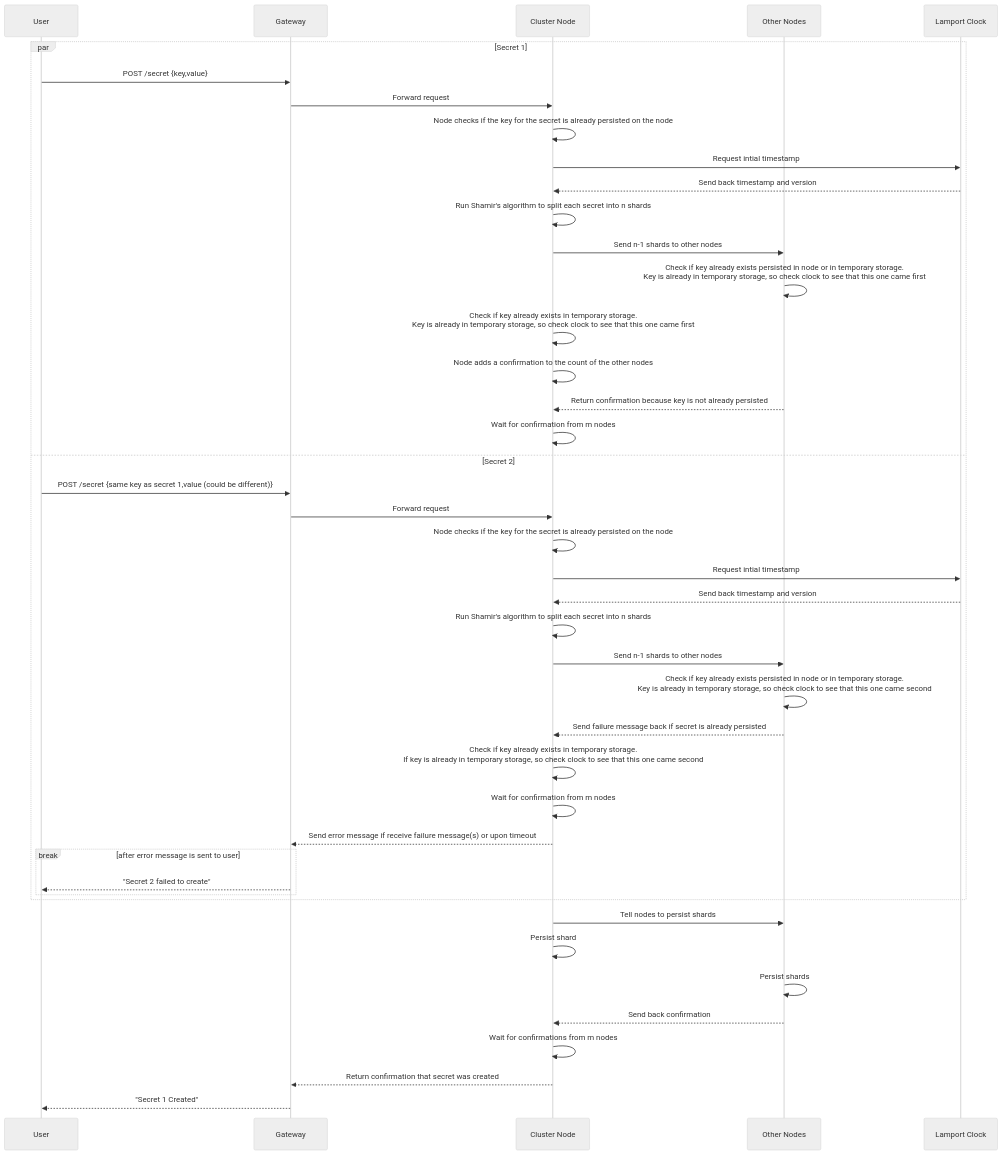
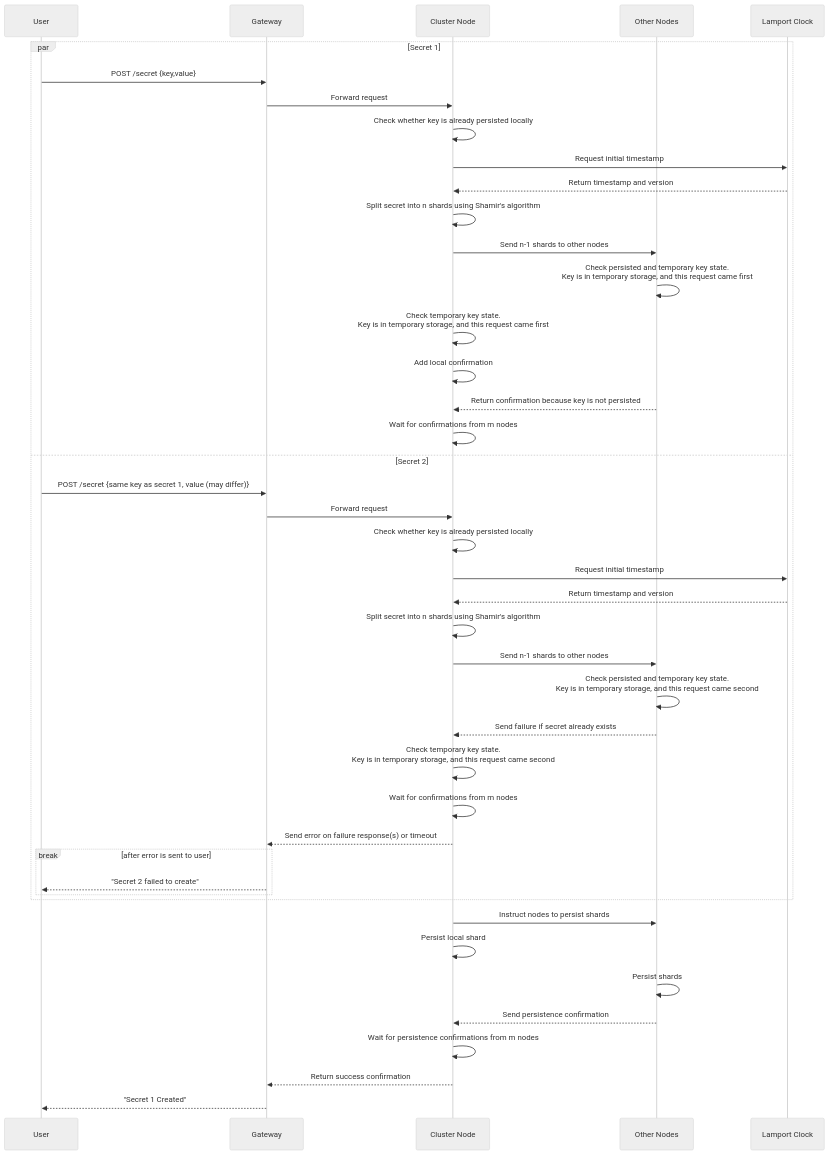
One commit to S26-Distributed-Capstone/DistributedSecretsVault changed the second of 2 diagrams in docs/crud/create.md. Above: the diagram before and after it, drawn with Mermaid (neutral theme). The commit also changed other lines of this file, not shown here.

````diff
--- a/docs/crud/create.md
+++ b/docs/crud/create.md
@@ -93,46 +68,46 @@
 ```mermaid
 sequenceDiagram
     participant User
     participant Gateway
     participant Node as Cluster Node
     participant Peers as Other Nodes
     participant Clock as Lamport Clock
 
     par Secret 1
       User->>Gateway: POST /secret {key,value}
       Gateway->>Node: Forward request
-      Node->>Node: Node checks if the key for the secret is already persisted on the node
-      Node->>Clock: Request intial timestamp
-      Clock-->>Node: Send back timestamp and version
-      Node->>Node: Run Shamir's algorithm to split each secret into n shards
+      Node->>Node: Check whether key is already persisted locally
+      Node->>Clock: Request initial timestamp
+      Clock-->>Node: Return timestamp and version
+      Node->>Node: Split secret into n shards using Shamir's algorithm
       Node->>Peers: Send n-1 shards to other nodes
-      Peers->>Peers: Check if key already exists persisted in node or in temporary storage.<br> Key is already in temporary storage, so check clock to see that this one came first
-      Node->>Node: Check if key already exists in temporary storage.<br> Key is already in temporary storage, so check clock to see that this one came first
-      Node->>Node: Node adds a confirmation to the count of the other nodes
-      Peers-->>Node: Return confirmation because key is not already persisted
-      Node->>Node: Wait for confirmation from m nodes
+      Peers->>Peers: Check persisted and temporary key state.<br>Key is in temporary storage, and this request came first
+      Node->>Node: Check temporary key state.<br>Key is in temporary storage, and this request came first
+      Node->>Node: Add local confirmation
+      Peers-->>Node: Return confirmation because key is not persisted
+      Node->>Node: Wait for confirmations from m nodes
     and Secret 2
-      User->>Gateway: POST /secret {same key as secret 1,value (could be different)}
+      User->>Gateway: POST /secret {same key as secret 1, value (may differ)}
       Gateway->>Node: Forward request
-      Node->>Node: Node checks if the key for the secret is already persisted on the node
-      Node->>Clock: Request intial timestamp
-      Clock-->>Node: Send back timestamp and version
-      Node->>Node: Run Shamir's algorithm to split each secret into n shards
+      Node->>Node: Check whether key is already persisted locally
+      Node->>Clock: Request initial timestamp
+      Clock-->>Node: Return timestamp and version
+      Node->>Node: Split secret into n shards using Shamir's algorithm
       Node->>Peers: Send n-1 shards to other nodes
-      Peers->>Peers: Check if key already exists persisted in node or in temporary storage.<br> Key is already in temporary storage, so check clock to see that this one came second
-      Peers-->>Node: Send failure message back if secret is already persisted
-      Node->>Node: Check if key already exists in temporary storage.<br>If key is already in temporary storage, so check clock to see that this one came second
-      Node->>Node: Wait for confirmation from m nodes
-      Node-->>Gateway: Send error message if receive failure message(s) or upon timeout
-      break after error message is sent to user
+      Peers->>Peers: Check persisted and temporary key state.<br>Key is in temporary storage, and this request came second
+      Peers-->>Node: Send failure if secret already exists
+      Node->>Node: Check temporary key state.<br>Key is in temporary storage, and this request came second
+      Node->>Node: Wait for confirmations from m nodes
+      Node-->>Gateway: Send error on failure response(s) or timeout
+      break after error is sent to user
         Gateway-->>User: "Secret 2 failed to create"
       end
     end
-    Node->>Peers: Tell nodes to persist shards
-    Node->>Node: Persist shard
+    Node->>Peers: Instruct nodes to persist shards
+    Node->>Node: Persist local shard
     Peers->>Peers: Persist shards
-    Peers-->>Node: Send back confirmation
-    Node->>Node: Wait for confirmations from m nodes
-    Node-->>Gateway: Return confirmation that secret was created
+    Peers-->>Node: Send persistence confirmation
+    Node->>Node: Wait for persistence confirmations from m nodes
+    Node-->>Gateway: Return success confirmation
     Gateway-->>User: "Secret 1 Created"
 ```
````
